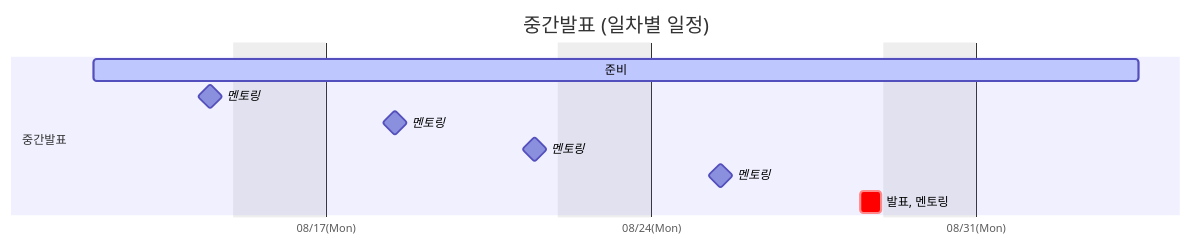
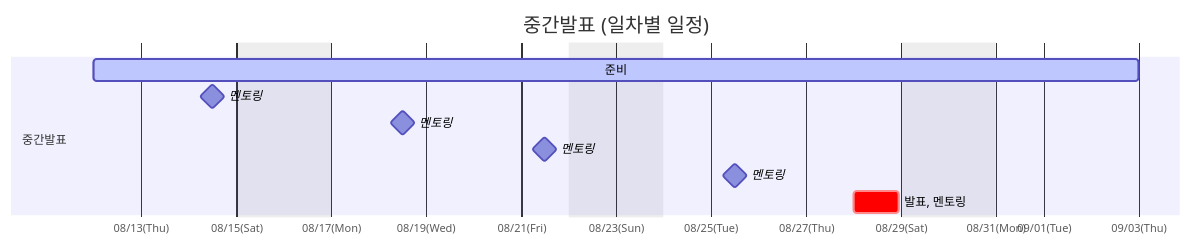
One commit to SAJOYO/.github changed the third of 4 diagrams in profile/README.md. Above: the diagram before and after it, drawn with Mermaid. The commit also changed other lines of this file, not shown here.

Commit message:
Fix gantt axis range on mid/final presentation charts
Drop excludes weekends from the long charts, where it pushed
explicit end dates past the intended range, and switch to
day-based tick intervals.

````diff
--- a/profile/README.md
+++ b/profile/README.md
@@ -53,20 +53,19 @@
 ```mermaid
 gantt
     title 중간발표 (일차별 일정)
     dateFormat  YYYY-MM-DD HH:mm
 
     %% 반나절 단위는 dateFormat에 시간을 넣어 표현합니다 (전반부 00:00~12:00 / 후반부 12:00~24:00)
     axisFormat %m/%d(%a)
-    tickInterval 1week
-    weekday monday
+    tickInterval 2day
     excludes weekends
-
+    
     section 중간발표
-    준비                    : active, a1, 2026-08-12 00:00, 2026-08-28 12:00
-    멘토링               : milestone, m1, 2026-08-14 12:00, 0d
-    멘토링               : milestone, m2, 2026-08-18 12:00, 0d
-    멘토링               : milestone, m3, 2026-08-21 12:00, 0d
-    멘토링               : milestone, m4, 2026-08-25 12:00, 0d
-    발표, 멘토링             : crit, a2, 2026-08-28 12:00, 2026-08-28 23:00
+    준비                    : active, a1, 2026-08-12 00:00, 2026-08-28 00:00
+    멘토링                 : milestone, m1, 2026-08-14 12:00, 0d
+    멘토링                 : milestone, m2, 2026-08-18 12:00, 0d
+    멘토링                 : milestone, m3, 2026-08-21 12:00, 0d
+    멘토링                 : milestone, m4, 2026-08-25 12:00, 0d
+    발표, 멘토링             : crit, a2, 2026-08-28 00:00, 2026-08-28 23:00
 
 ```
````
